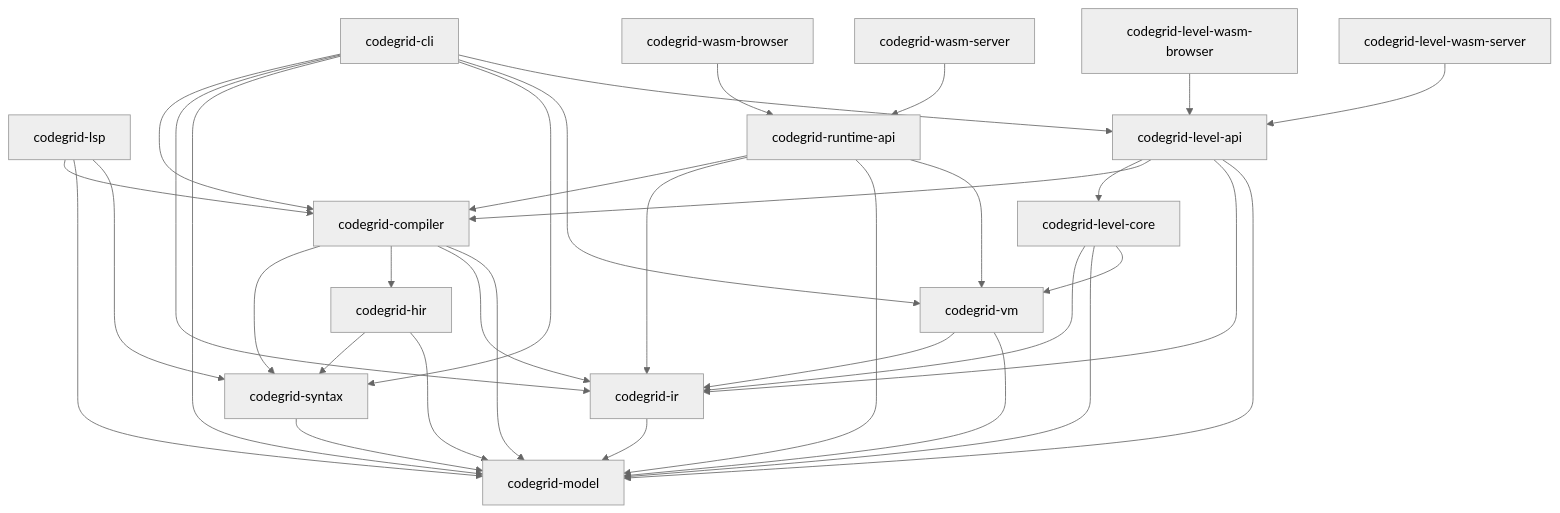
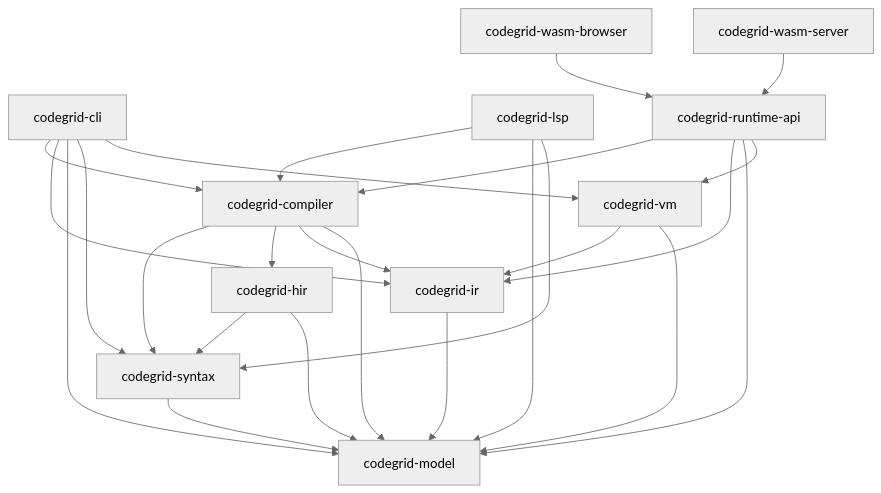
The diagram in docs/architecture.md (codegridgame/codegrid-lang), drawn with Mermaid (neutral theme) before and after one commit. The commit also changed other lines of this file and 408 other files, not shown here.

````diff
--- a/docs/architecture.md
+++ b/docs/architecture.md
@@ -42,37 +45,27 @@
 ```mermaid
 graph TD
   syntax[codegrid-syntax] --> model[codegrid-model]
   hir[codegrid-hir] --> syntax
   hir --> model
   ir[codegrid-ir] --> model
   compiler[codegrid-compiler] --> syntax
   compiler --> hir
   compiler --> ir
   compiler --> model
   vm[codegrid-vm] --> ir
   vm --> model
   cli[codegrid-cli] --> compiler
   cli --> ir
   cli --> model
   cli --> syntax
   cli --> vm
   lsp[codegrid-lsp] --> compiler
   lsp --> model
   lsp --> syntax
   runtime_api[codegrid-runtime-api] --> compiler
   runtime_api --> ir
   runtime_api --> model
   runtime_api --> vm
   browser[codegrid-wasm-browser] --> runtime_api
   server[codegrid-wasm-server] --> runtime_api
-  level_core[codegrid-level-core] --> ir
-  level_core --> model
-  level_core --> vm
-  level_api[codegrid-level-api] --> level_core
-  level_api --> compiler
-  level_api --> ir
-  level_api --> model
-  cli --> level_api
-  level_browser[codegrid-level-wasm-browser] --> level_api
-  level_server[codegrid-level-wasm-server] --> level_api
 ```
````
